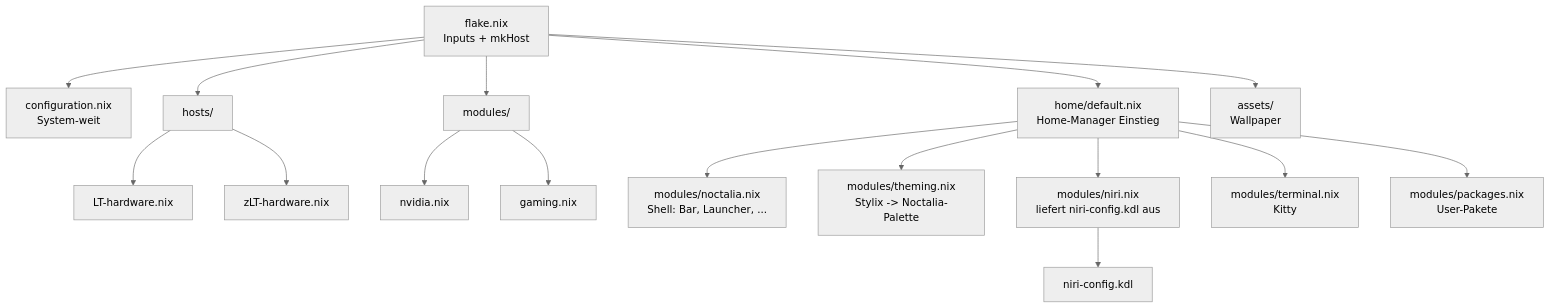
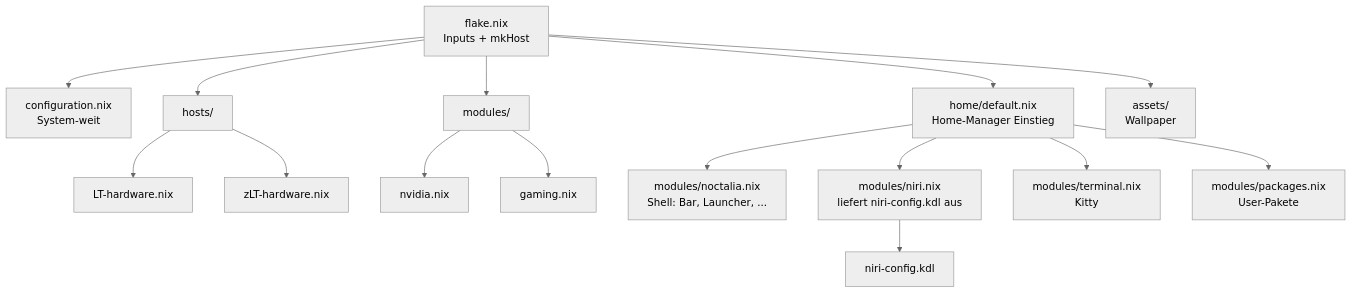
The diagram in README.md (Jean-8123/nixos-niri), drawn with Mermaid (neutral theme) before and after one commit. The commit also changed other lines of this file and 3 other files, not shown here.

First line of the commit message:
Stylix' Noctalia-Target nutzen statt eigener Palette

````diff
--- a/README.md
+++ b/README.md
@@ -7,24 +7,23 @@
 ```mermaid
 graph TD
     flake["flake.nix<br/>Inputs + mkHost"]
 
     flake --> conf["configuration.nix<br/>System-weit"]
     flake --> hosts["hosts/"]
     flake --> mods["modules/"]
     flake --> home["home/default.nix<br/>Home-Manager Einstieg"]
     flake --> assets["assets/<br/>Wallpaper"]
 
     hosts --> h1["LT-hardware.nix"]
     hosts --> h2["zLT-hardware.nix"]
 
     mods --> m1["nvidia.nix"]
     mods --> m2["gaming.nix"]
 
     home --> hm1["modules/noctalia.nix<br/>Shell: Bar, Launcher, ..."]
-    home --> hm2["modules/theming.nix<br/>Stylix -> Noctalia-Palette"]
     home --> hm3["modules/niri.nix<br/>liefert niri-config.kdl aus"]
     home --> hm4["modules/terminal.nix<br/>Kitty"]
     home --> hm5["modules/packages.nix<br/>User-Pakete"]
 
     hm3 --> kdl["niri-config.kdl"]
 ```
````
